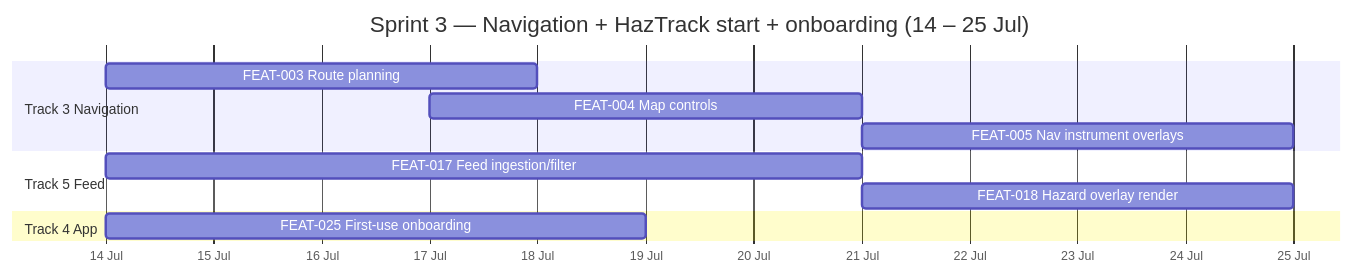
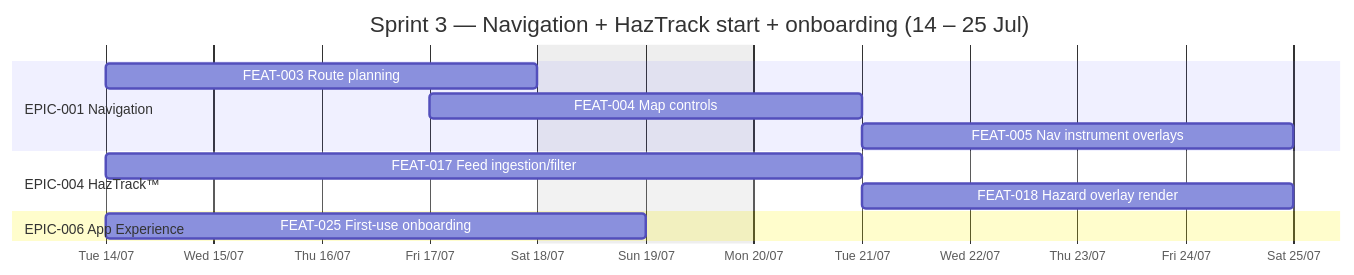
The fifth of 13 diagrams in docs/planning.md (giakhanh22024558/Trackaroo-Cheat-Sheat), drawn with Mermaid before and after one commit. The commit also changed other lines of this file and 1 other file, not shown here.

First line of the commit message:
planning: Sprint 0 register reframed to Tasks (S0-) + Topic/Concern/Criteria; gantt polish

````diff
--- a/docs/planning.md
+++ b/docs/planning.md
@@ -201,15 +207,17 @@
 ```mermaid
 gantt
     title Sprint 3 — Navigation + HazTrack start + onboarding (14 – 25 Jul)
     dateFormat YYYY-MM-DD
-    axisFormat %d %b
-    section Track 3 Navigation
+    axisFormat %a %d/%m
+    tickInterval 1day
+    excludes weekends
+    section EPIC-001 Navigation
     FEAT-003 Route planning         :2026-07-14, 2026-07-18
     FEAT-004 Map controls           :2026-07-17, 2026-07-21
     FEAT-005 Nav instrument overlays :2026-07-21, 2026-07-25
-    section Track 5 Feed
+    section EPIC-004 HazTrack™
     FEAT-017 Feed ingestion/filter  :2026-07-14, 2026-07-21
     FEAT-018 Hazard overlay render  :2026-07-21, 2026-07-25
-    section Track 4 App
+    section EPIC-006 App Experience
     FEAT-025 First-use onboarding   :2026-07-14, 2026-07-19
 ```
````
